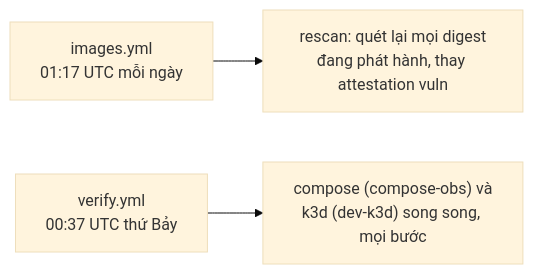
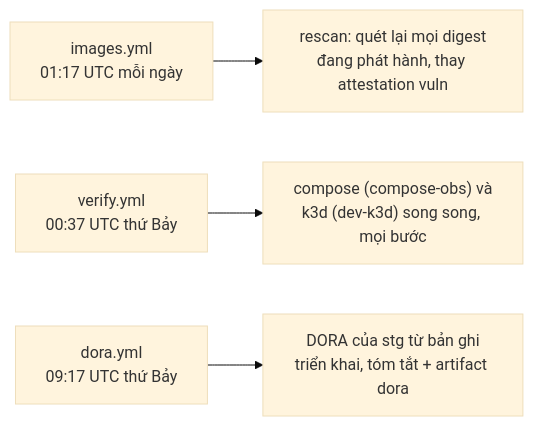
Before and after one commit to anhnvcoder/short-video-platform: the third of 5 diagrams in docs/ci-cd.md, drawn with Mermaid (base theme). The commit also changed other lines of this file and 22 other files, not shown here.

````diff
--- a/docs/ci-cd.md
+++ b/docs/ci-cd.md
@@ -84,5 +94,6 @@
 ```mermaid
 flowchart LR
     daily["images.yml<br/>01:17 UTC mỗi ngày"] --> rescan["rescan: quét lại mọi digest<br/>đang phát hành, thay attestation vuln"]
     weekly["verify.yml<br/>00:37 UTC thứ Bảy"] --> both["compose (compose-obs) và<br/>k3d (dev-k3d) song song, mọi bước"]
+    dweekly["dora.yml<br/>09:17 UTC thứ Bảy"] --> dora["DORA của stg từ bản ghi<br/>triển khai, tóm tắt + artifact dora"]
 ```
````
